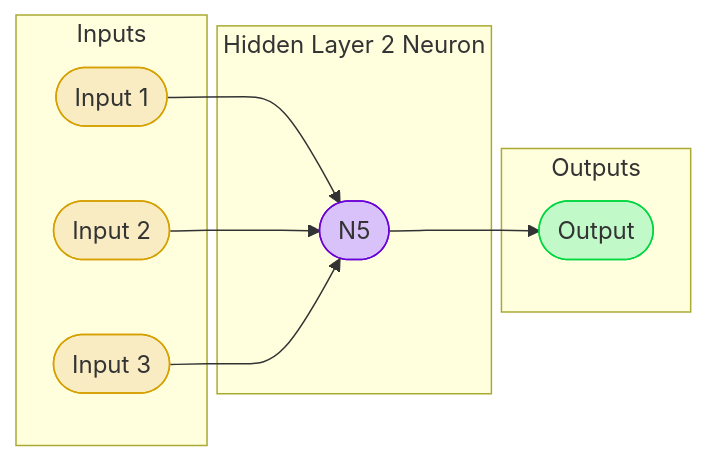
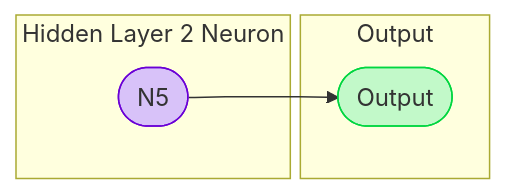
One commit to KevinJKoning/SEH changed the fourth of 4 diagrams in quarto/2.4-machine_learning.qmd. Above: the diagram before and after it, drawn with Mermaid. The commit also changed other lines of this file and 1 other file, not shown here.

````diff
--- a/quarto/2.4-machine_learning.qmd
+++ b/quarto/2.4-machine_learning.qmd
@@ -217,29 +273,18 @@
 ```{mermaid}
 graph LR
   %% Define classes with desired styles
-  classDef inputLayer fill:#f9ebc2,stroke:#d6a000;
   classDef hiddenLayer fill:#d8c2f9,stroke:#6a00d6;
   classDef outputLayer fill:#c2f9c9,stroke:#00d640;
-
-  subgraph Inputs
-    I1(["Input 1"])
-    I2(["Input 2"])
-    I3(["Input 3"])
-    class I1,I2,I3 inputLayer;
-  end
 
   subgraph Hidden Layer 2 Neuron
     N5(["N5"])
     class N5 hiddenLayer;
   end
 
-  subgraph Outputs
+  subgraph Output
     O1(["Output"])
     class O1 outputLayer;
   end
 
-  I1 --> N5
-  I2 --> N5
-  I3 --> N5
   N5 --> O1
 ```
````
